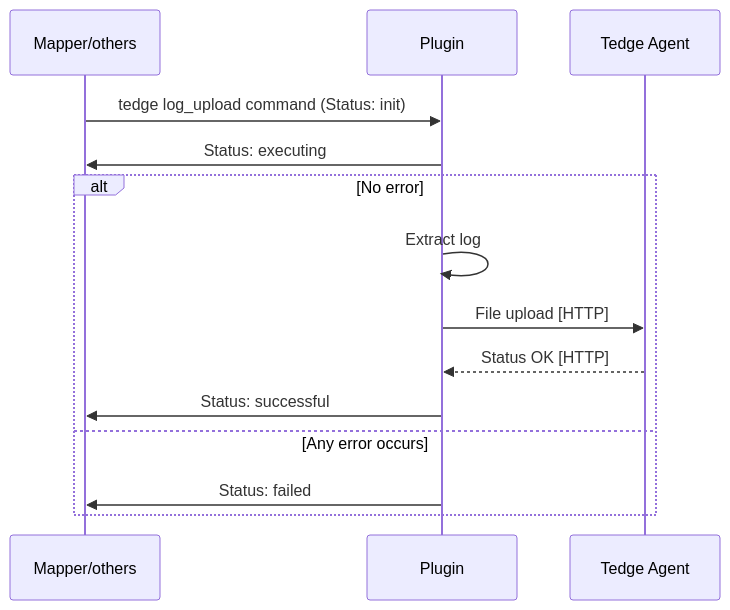
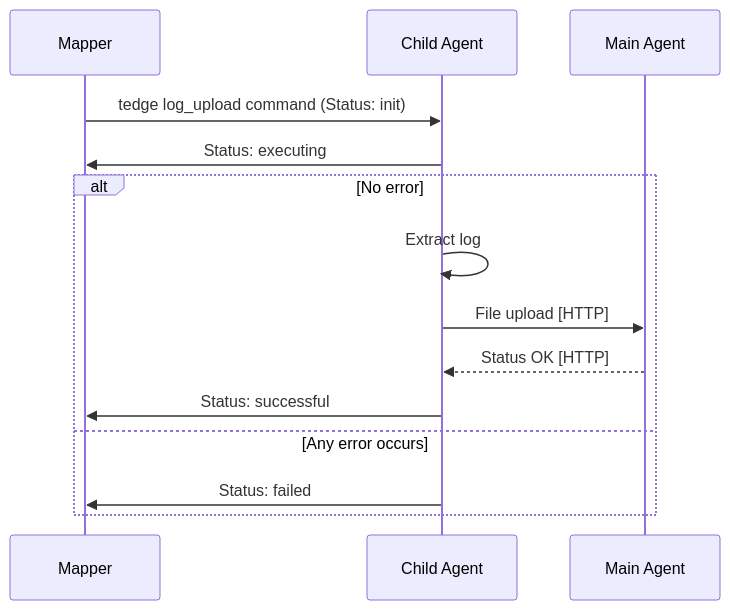
One commit to thin-edge/thin-edge.io changed the diagram in docs/src/references/agent/tedge-log-management.md. Above: the diagram before and after it, drawn with Mermaid. The commit also changed other lines of this file and 1 other file, not shown here.

First line of the commit message:
Update Log/Config operation documentation

````diff
--- a/docs/src/references/agent/tedge-log-management.md
+++ b/docs/src/references/agent/tedge-log-management.md
@@ -124,17 +115,17 @@
 ```mermaid
 sequenceDiagram
-  participant Mapper/others
-  participant Plugin
-  participant Tedge Agent
+  participant Mapper
+  participant Child Agent
+  participant Main Agent
 
-  Mapper/others->>Plugin: tedge log_upload command (Status: init)
-  Plugin->>Mapper/others: Status: executing
+  Mapper->>Child Agent: tedge log_upload command (Status: init)
+  Child Agent->>Mapper: Status: executing
   alt No error
-    Plugin->>Plugin: Extract log
-    Plugin->>Tedge Agent: File upload [HTTP]
-    Tedge Agent-->>Plugin: Status OK [HTTP]
-    Plugin->>Mapper/others: Status: successful
+    Child Agent->>Child Agent: Extract log
+    Child Agent->>Main Agent: File upload [HTTP]
+    Main Agent-->>Child Agent: Status OK [HTTP]
+    Child Agent->>Mapper: Status: successful
   else Any error occurs
-    Plugin->>Mapper/others: Status: failed
+    Child Agent->>Mapper: Status: failed
   end
 ```
````
